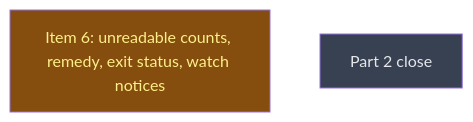
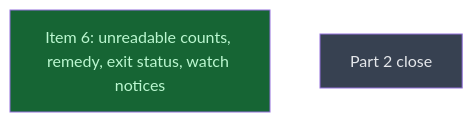
Before and after one commit to LittleCoinCoin/hypomnesis: the diagram in __roadmap__/v0214-sandbox/part1/close/part2/api/cli/README.md, drawn with Mermaid. The commit also changed other lines of this file and 2 other files, not shown here.

First line of the commit message:
docs(roadmap): ps_watch_unreadable done; PR C's three code leaves integrated

````diff
--- a/__roadmap__/v0214-sandbox/part1/close/part2/api/cli/README.md
+++ b/__roadmap__/v0214-sandbox/part1/close/part2/api/cli/README.md
@@ -16,10 +16,10 @@
 ```mermaid
 graph TD
-    ps_watch_unreadable[Item 6: unreadable counts, remedy, exit status, watch notices]:::inprogress
+    ps_watch_unreadable[Item 6: unreadable counts, remedy, exit status, watch notices]:::done
     close[Part 2 close]:::planned
     classDef done       fill:#166534,color:#bbf7d0
     classDef inprogress fill:#854d0e,color:#fef08a
     classDef planned    fill:#374151,color:#e5e7eb
     classDef amendment  fill:#1e3a5f,color:#bfdbfe
     classDef blocked    fill:#7f1d1d,color:#fecaca
 ```
````
